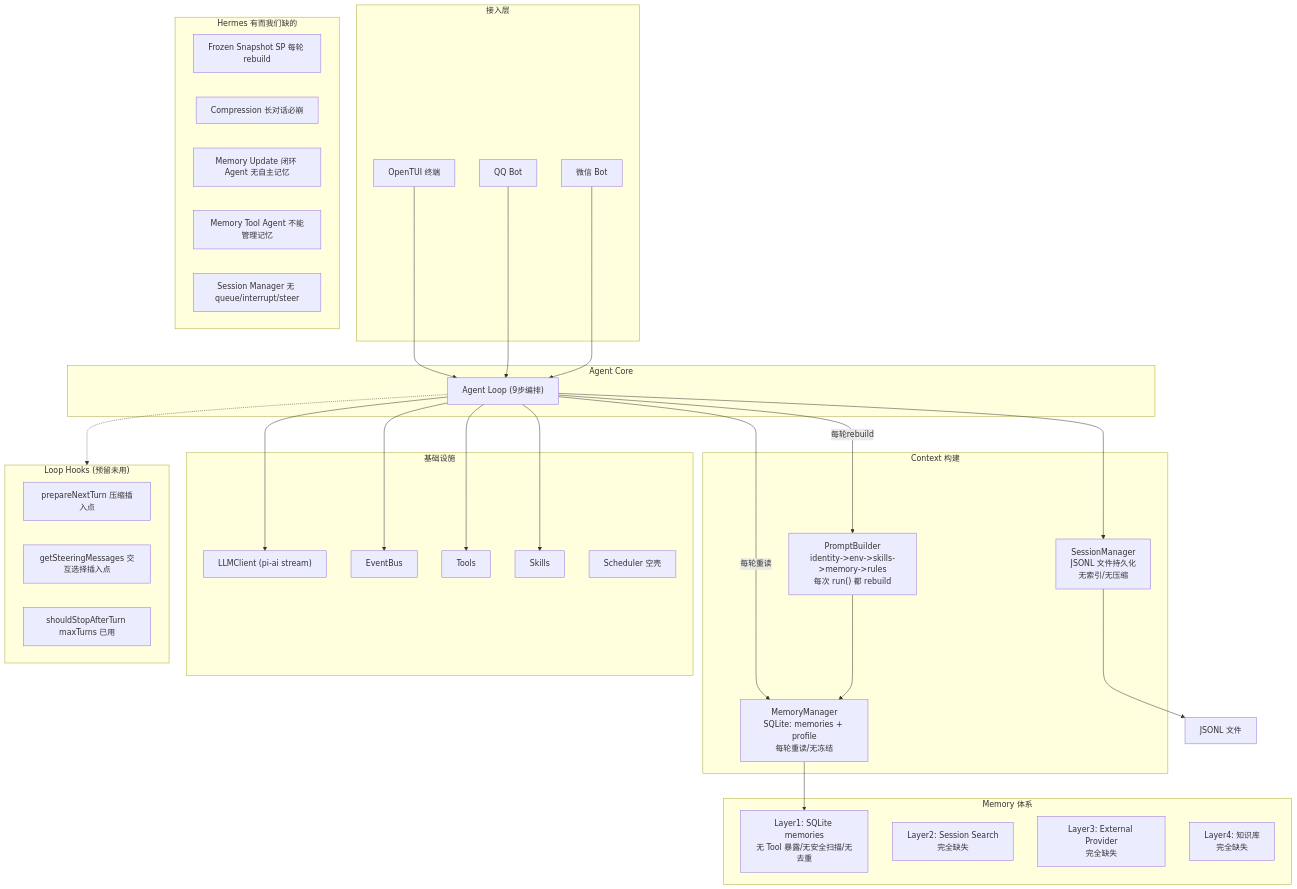
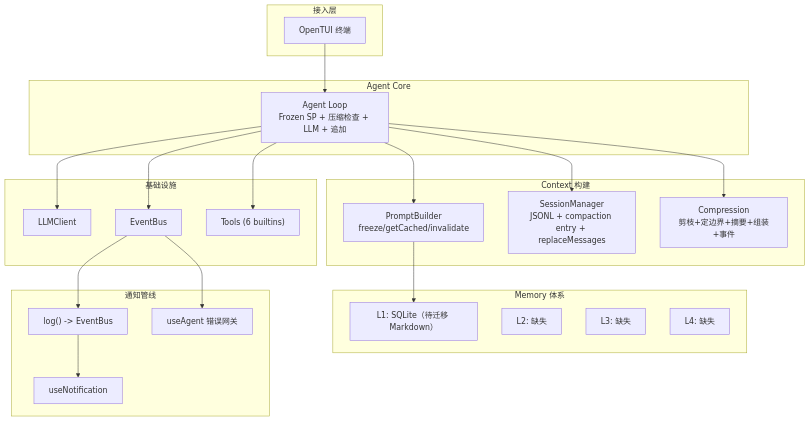
The first of 3 diagrams in vivlos/docs/架构.md (LunaticPum/vivlos), drawn with Mermaid before and after one commit. The commit also changed other lines of this file and 1 other file, not shown here.

````diff
--- a/vivlos/docs/架构.md
+++ b/vivlos/docs/架构.md
@@ -52,62 +62,47 @@
 ```mermaid
 flowchart TB
     subgraph Entry["接入层"]
         TUI["OpenTUI 终端"]
-        QQ["QQ Bot"]
-        WECHAT["微信 Bot"]
     end
 
     subgraph Core["Agent Core"]
-        LOOP["Agent Loop (9步编排)"]
+        LOOP["Agent Loop<br/>Frozen SP + 压缩检查 + LLM + 追加"]
     end
 
     subgraph Context["Context 构建"]
-        PB["PromptBuilder<br/>identity->env->skills->memory->rules<br/>每次 run() 都 rebuild"]
-        SM["SessionManager<br/>JSONL 文件持久化<br/>无索引/无压缩"]
-        MM["MemoryManager<br/>SQLite: memories + profile<br/>每轮重读/无冻结"]
+        PB["PromptBuilder<br/>freeze/getCached/invalidate"]
+        SM["SessionManager<br/>JSONL + compaction entry + replaceMessages"]
+        COMP["Compression<br/>剪枝+定边界+摘要+组装+事件"]
     end
 
     subgraph Memory["Memory 体系"]
-        L1["Layer1: SQLite memories<br/>无 Tool 暴露/无安全扫描/无去重"]
-        L2["Layer2: Session Search<br/>完全缺失"]
-        L3["Layer3: External Provider<br/>完全缺失"]
-        L4["Layer4: 知识库<br/>完全缺失"]
+        L1["L1: SQLite（待迁移 Markdown）"]
+        L2["L2: 缺失"]
+        L3["L3: 缺失"]
+        L4["L4: 缺失"]
+    end
+
+    subgraph Notification["通知管线"]
+        LOG["log() -> EventBus"]
+        USENOTIF["useNotification"]
+        USEAGENT["useAgent 错误网关"]
     end
 
     subgraph Infra["基础设施"]
-        LLM["LLMClient (pi-ai stream)"]
+        LLM["LLMClient"]
         EB["EventBus"]
-        TOOLS["Tools"]
-        SKILLS["Skills"]
-        SCHED["Scheduler 空壳"]
-    end
-
-    subgraph Hooks["Loop Hooks (预留未用)"]
-        H1["prepareNextTurn 压缩插入点"]
-        H2["getSteeringMessages 交互选择插入点"]
-        H3["shouldStopAfterTurn maxTurns 已用"]
-    end
-
-    subgraph Missing["Hermes 有而我们缺的"]
-        FZ["Frozen Snapshot SP 每轮 rebuild"]
-        CMP["Compression 长对话必崩"]
-        MUP["Memory Update 闭环 Agent 无自主记忆"]
-        MTOOL["Memory Tool Agent 不能管理记忆"]
-        GW["Session Manager 无 queue/interrupt/steer"]
+        TOOLS["Tools (6 builtins)"]
     end
 
     TUI --> LOOP
-    QQ --> LOOP
-    WECHAT --> LOOP
-    LOOP -->|"每轮重读"| MM
-    LOOP -->|"每轮rebuild"| PB
+    LOOP --> PB
     LOOP --> SM
+    LOOP --> COMP
     LOOP --> LLM
     LOOP --> EB
     LOOP --> TOOLS
-    LOOP --> SKILLS
-    LOOP -.-> Hooks
-    PB --> MM
-    SM --> JSONL["JSONL 文件"]
-    MM --> L1
+    PB --> L1
+    EB --> LOG
+    LOG --> USENOTIF
+    EB --> USEAGENT
 ```
````
